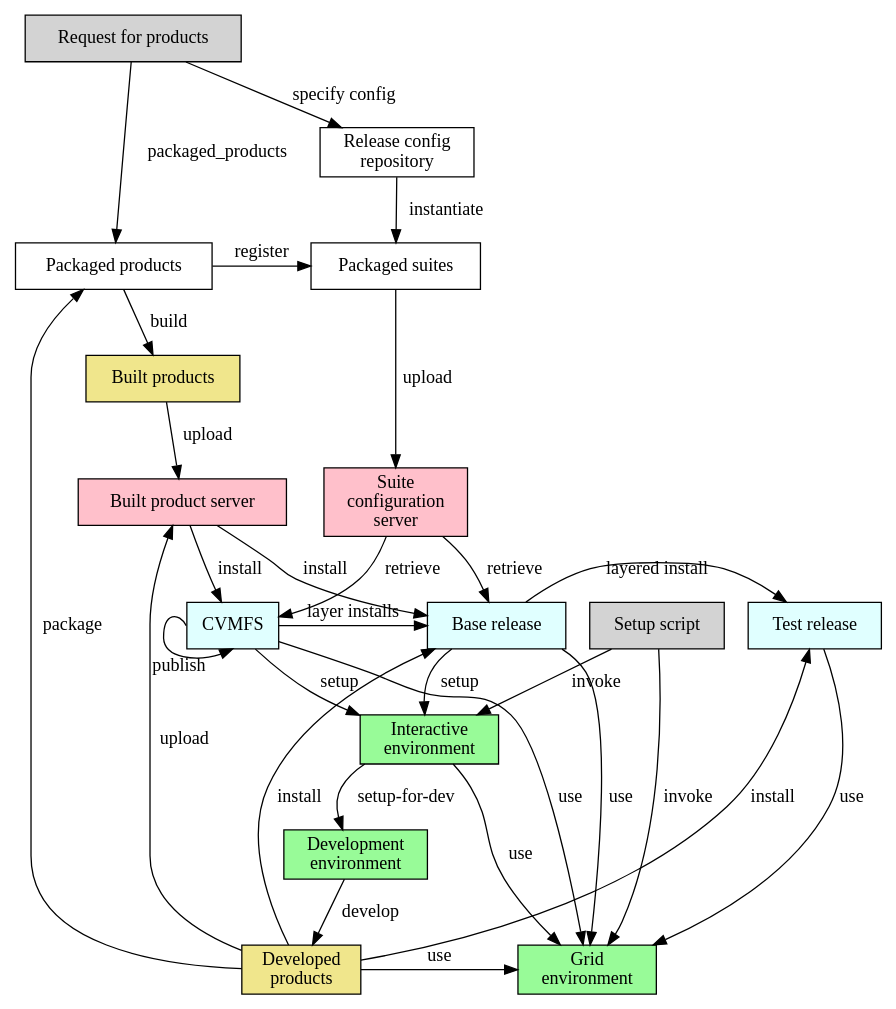
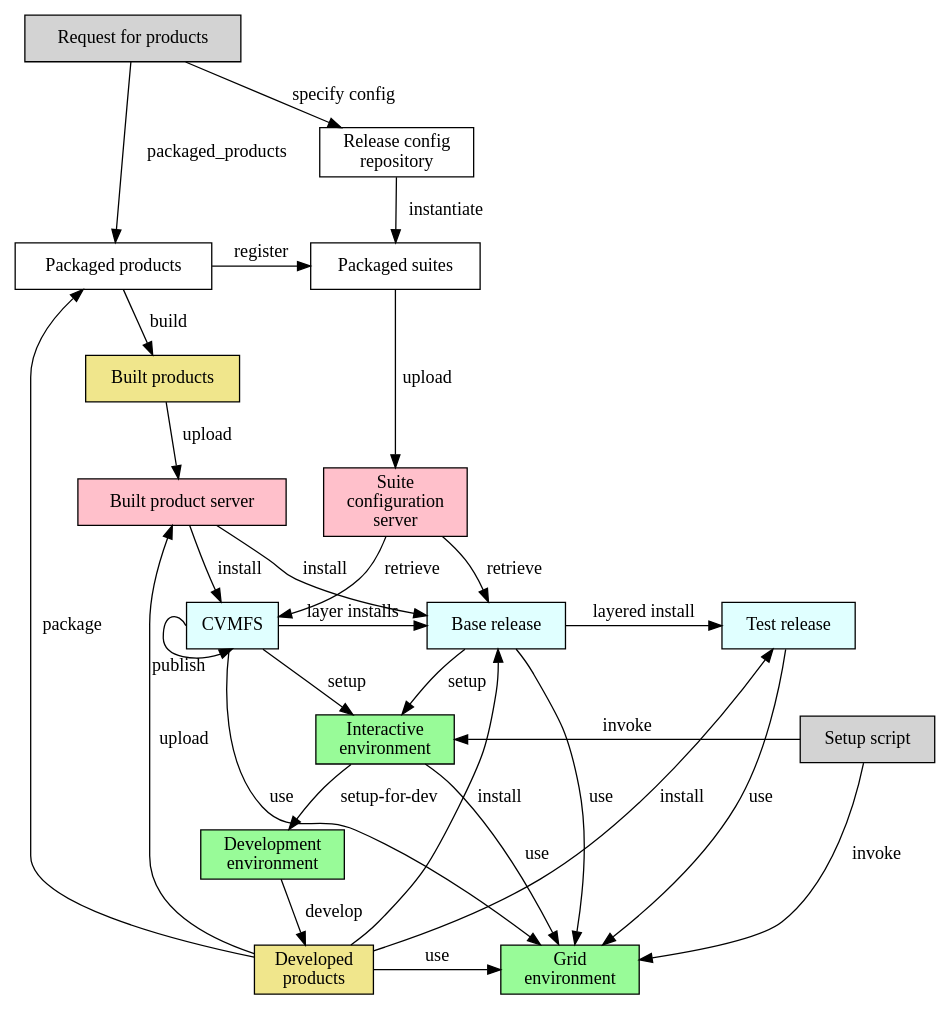
The diagram in spack.gv (marcpaterno/spack_retreat), drawn with Graphviz before and after one commit.

Commit message:
Tweak layout of diagram

```diff
--- a/spack.gv
+++ b/spack.gv
@@ -1,55 +1,56 @@
 digraph test {
 
   node [shape="rectangle"]
   
   request [label="Request for products", style=filled, fillcolor=lightgray]
   packaged_products [label="Packaged products"]
   scisoft [label="Built product server", style=filled, fillcolor=pink]
   suite_config_server [label="Suite\nconfiguration\nserver", style=filled, fillcolor=pink]
   build [label="Built products", style=filled, fillcolor=khaki]
   packaged_suites [label="Packaged suites"]
   release_config [label="Release config\nrepository"]
   developed [label="Developed\nproducts", style=filled, fillcolor=khaki]
   local_install [label="Base release", style=filled, fillcolor=lightcyan]
   test_release [label="Test release", style=filled, fillcolor=lightcyan]
   CVMFS [style=filled, fillcolor=lightcyan]
   interactive [label="Interactive\nenvironment", style=filled, fillcolor=palegreen]
   grid [label="Grid\nenvironment", style=filled, fillcolor=palegreen]
   development [label="Development\nenvironment", style=filled, fillcolor=palegreen]
   setup [label="Setup script", style=filled, fillcolor=lightgray]
 
   { rank = same; developed; grid }
   { rank = same; packaged_suites; packaged_products }
   { rank = same; test_release; local_install; CVMFS }
   { rank = same; suite_config_server; scisoft}
+  { rank = same; interactive; setup }
 
   CVMFS -> grid [label=" use"]
   CVMFS -> interactive [label=" setup"]
   CVMFS -> local_install [label="layer installs "]
   CVMFS:w -> CVMFS:s [xlabel="publish"]
   build -> scisoft [label=" upload"]
   local_install -> grid [label=" use"]
   local_install -> interactive [label=" setup"]
   local_install -> test_release[label="layered install"]
   packaged_products -> build [label=" build"]
   packaged_products -> packaged_suites [label="register"]
   packaged_suites -> suite_config_server [label="upload"]
   release_config -> packaged_suites [label = "instantiate"]
   request -> packaged_products [label=" packaged_products"]
   request -> release_config [label="specify config"]
   scisoft -> CVMFS [label="install"]
   scisoft -> local_install [label="install"]
   suite_config_server -> CVMFS [label="retrieve"]
   suite_config_server -> local_install [label="retrieve"]
   test_release -> grid [label="use"]
   interactive -> development [label=" setup-for-dev"]
   interactive -> grid [label="use"]
   setup -> interactive [label=" invoke"]
   setup -> grid [label=" invoke"]
   development -> developed [label=" develop"]
   developed -> local_install [label=" install"]
   developed -> grid [label="use"]
   developed -> scisoft [label=" upload"]
   developed -> packaged_products [label=" package"]
   developed -> test_release [label="install"]
 }
```
